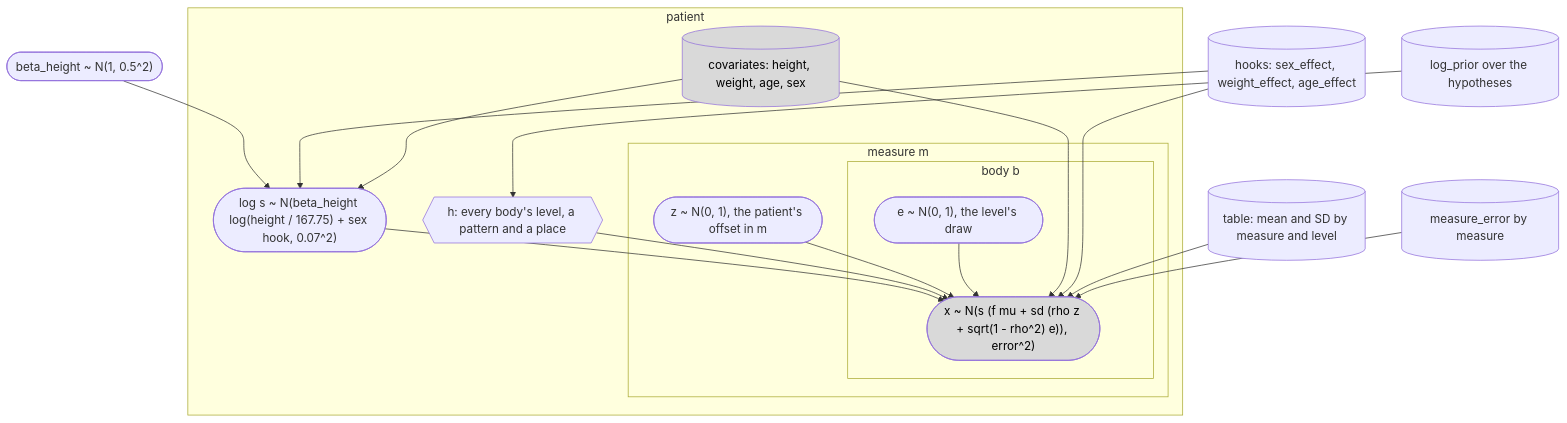
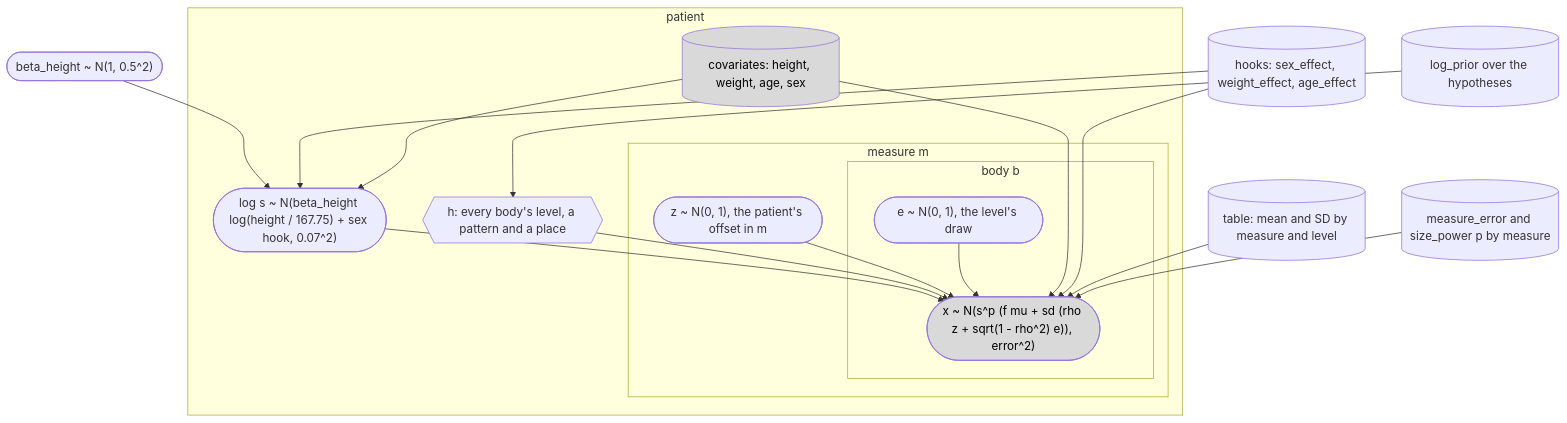
The first of 4 diagrams in schwingcheck/README.md (OpenSpineConsortium/bordercall), drawn with Mermaid before and after one commit. The commit also changed other lines of this file and 22 other files, not shown here.

````diff
--- a/schwingcheck/README.md
+++ b/schwingcheck/README.md
@@ -145,34 +145,34 @@
 ```mermaid
 graph TD
     n_beta(["beta_height ~ N(1, 0.5^2)"])
     n_hooks[("hooks: sex_effect, weight_effect, age_effect")]
     n_table[("table: mean and SD by measure and level")]
-    n_error[("measure_error by measure")]
+    n_error[("measure_error and size_power p by measure")]
     n_prior[("log_prior over the hypotheses")]
     subgraph p_patient ["patient"]
         n_cov[("covariates: height, weight, age, sex")]
         n_logs(["log s ~ N(beta_height log(height / 167.75) + sex hook, 0.07^2)"])
         n_h{{"h: every body's level, a pattern and a place"}}
         subgraph p_measure ["measure m"]
             n_z(["z ~ N(0, 1), the patient's offset in m"])
             subgraph p_body ["body b"]
                 n_e(["e ~ N(0, 1), the level's draw"])
-                n_x(["x ~ N(s (f mu + sd (rho z + sqrt(1 - rho^2) e)), error^2)"])
+                n_x(["x ~ N(s^p (f mu + sd (rho z + sqrt(1 - rho^2) e)), error^2)"])
             end
         end
     end
     n_beta --> n_logs
     n_hooks --> n_logs
     n_cov --> n_logs
     n_prior --> n_h
     n_logs --> n_x
     n_h --> n_x
     n_z --> n_x
     n_e --> n_x
     n_cov --> n_x
     n_hooks --> n_x
     n_table --> n_x
     n_error --> n_x
     style n_cov fill:#d9d9d9,color:#000000
     style n_x fill:#d9d9d9,color:#000000
 ```
````
